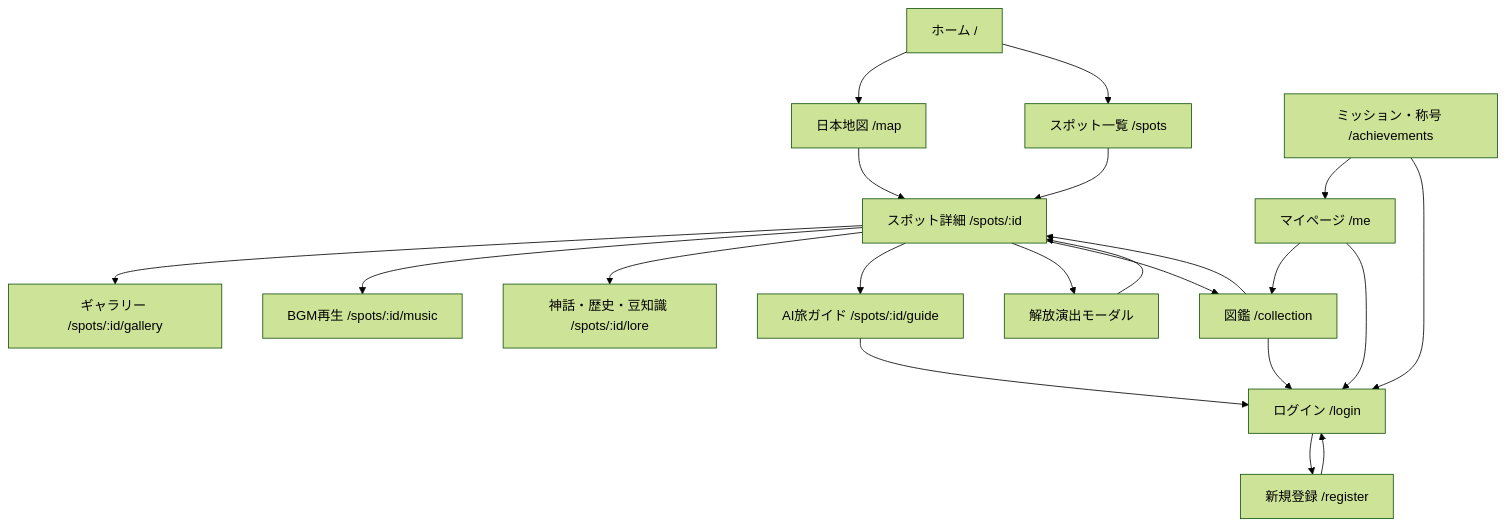
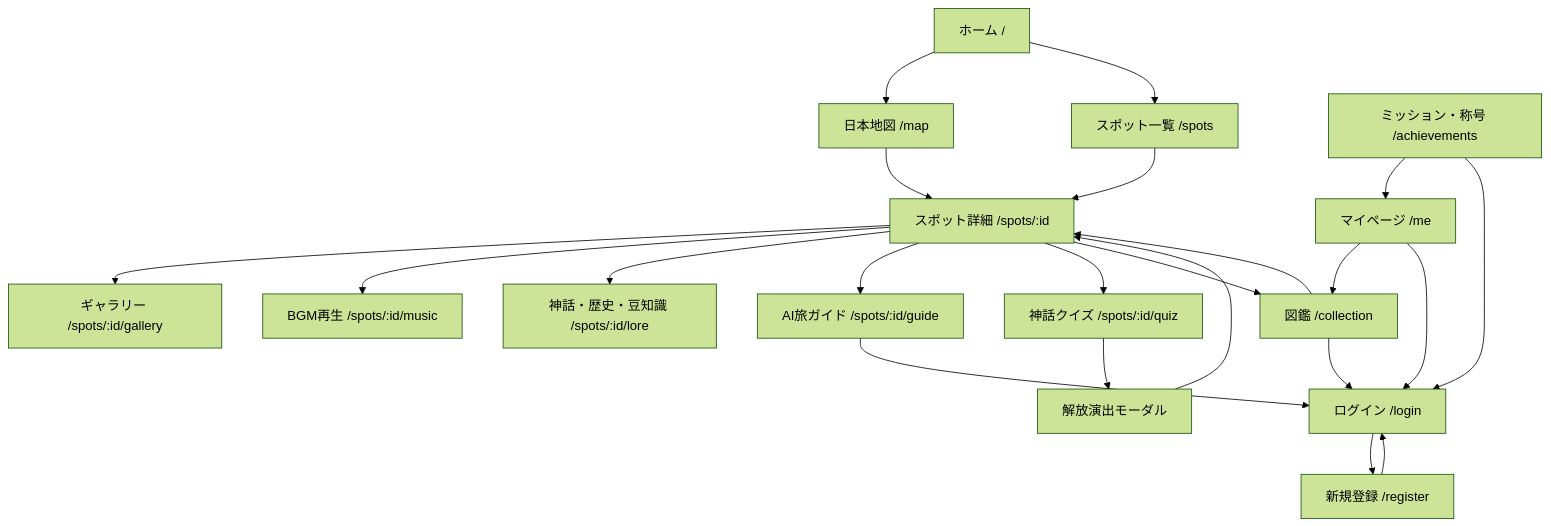
The diagram in docs/05-screen-flow.md (ando625/mystic-japan), drawn with Mermaid (forest theme) before and after one commit. The commit also changed other lines of this file and 55 other files, not shown here.

````diff
--- a/docs/05-screen-flow.md
+++ b/docs/05-screen-flow.md
@@ -3,39 +3,41 @@
 ```mermaid
 flowchart TD
   Home[ホーム /]
   Map[日本地図 /map]
   Spots[スポット一覧 /spots]
   Detail[スポット詳細 /spots/:id]
   Gallery[ギャラリー /spots/:id/gallery]
   Music[BGM再生 /spots/:id/music]
   Lore[神話・歴史・豆知識 /spots/:id/lore]
   Guide[AI旅ガイド /spots/:id/guide]
+  Quiz[神話クイズ /spots/:id/quiz]
   Collection[図鑑 /collection]
   Achievements[ミッション・称号 /achievements]
   Me[マイページ /me]
   Login[ログイン /login]
   Register[新規登録 /register]
   Unlock[解放演出モーダル]
 
   Home --> Map
   Home --> Spots
   Map --> Detail
   Spots --> Detail
   Detail --> Gallery
   Detail --> Music
   Detail --> Lore
   Detail --> Guide
-  Detail --> Unlock
+  Detail --> Quiz
+  Quiz --> Unlock
   Unlock --> Detail
   Detail --> Collection
   Collection --> Detail
   Achievements --> Me
   Me --> Collection
 
   Guide --> Login
   Collection --> Login
   Achievements --> Login
   Me --> Login
   Login --> Register
   Register --> Login
 ```
````
